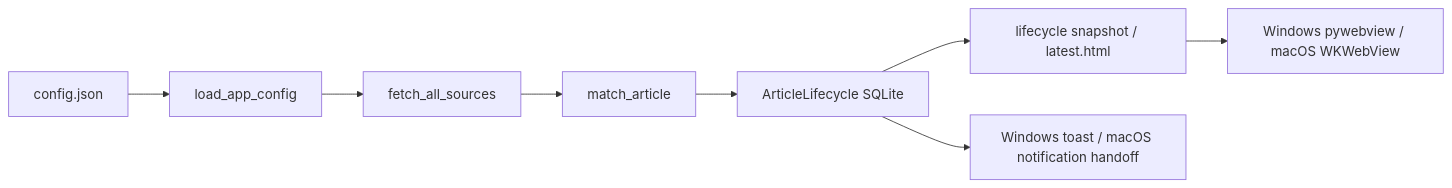
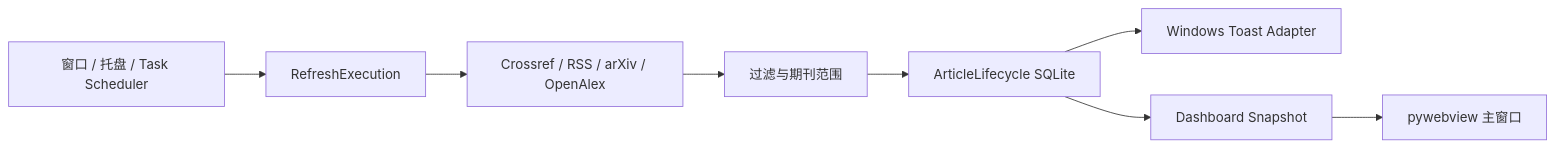
One commit to Dahe-Labs/paper-monitor changed the diagram in ARCHITECTURE_LOGIC_SUMMARY.md. Above: the diagram before and after it, drawn with Mermaid. The commit also changed other lines of this file and 137 other files, not shown here.

````diff
--- a/ARCHITECTURE_LOGIC_SUMMARY.md
+++ b/ARCHITECTURE_LOGIC_SUMMARY.md
@@ -20,10 +25,10 @@
 ```mermaid
 flowchart LR
-    Config["config.json"] --> Load["load_app_config"]
-    Load --> Sources["fetch_all_sources"]
-    Sources --> Match["match_article"]
+    Trigger["窗口 / 托盘 / Task Scheduler"] --> Refresh["RefreshExecution"]
+    Refresh --> Sources["Crossref / RSS / arXiv / OpenAlex"]
+    Sources --> Match["过滤与期刊范围"]
     Match --> Lifecycle["ArticleLifecycle SQLite"]
-    Lifecycle --> Dashboard["lifecycle snapshot / latest.html"]
-    Dashboard --> Desktop["Windows pywebview / macOS WKWebView"]
-    Lifecycle --> Notify["Windows toast / macOS notification handoff"]
+    Lifecycle --> Toast["Windows Toast Adapter"]
+    Lifecycle --> Snapshot["Dashboard Snapshot"]
+    Snapshot --> UI["pywebview 主窗口"]
 ```
````
